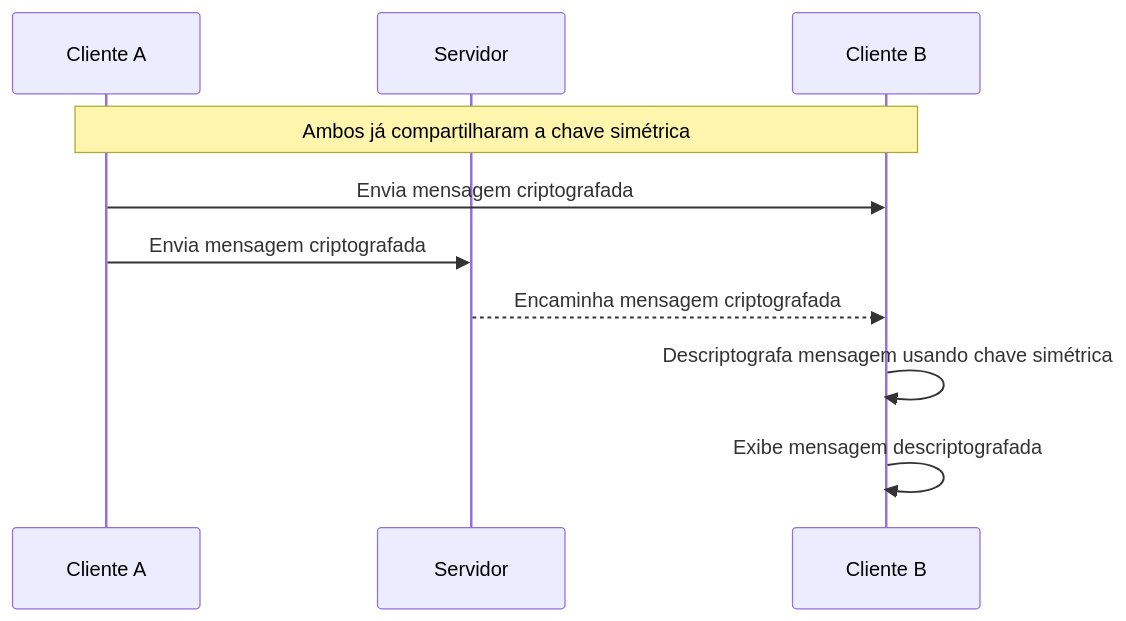
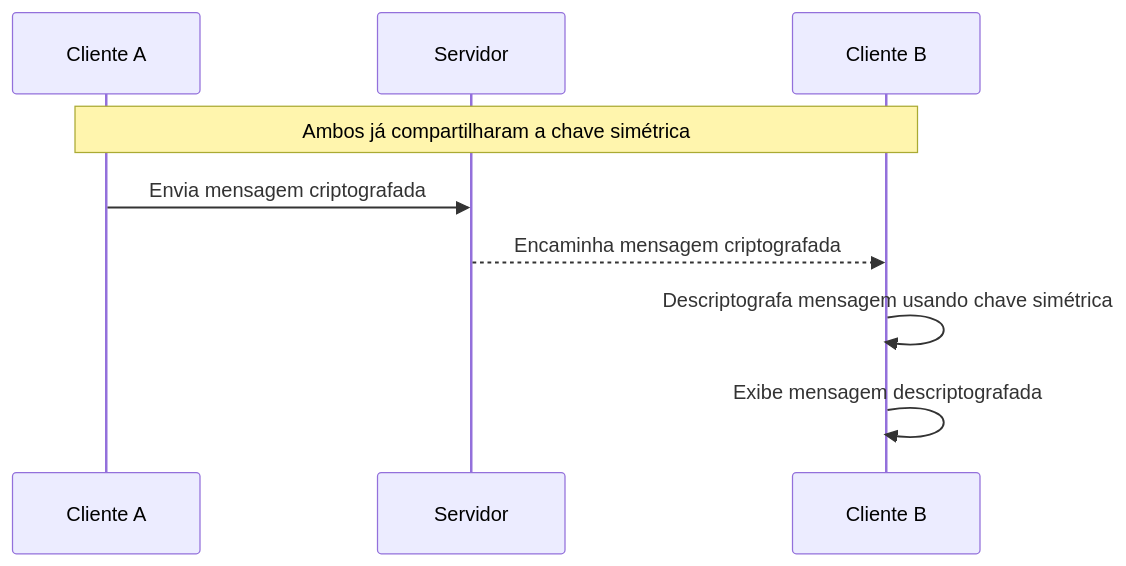
Before and after one commit to confy-security/app: the second of 4 diagrams in docs/communication.md, drawn with Mermaid. The commit also changed other lines of this file, not shown here.

````diff
--- a/docs/communication.md
+++ b/docs/communication.md
@@ -194,12 +186,11 @@
 ```mermaid
 sequenceDiagram
     participant Cliente A
     participant Servidor
     participant Cliente B   
     Note over Cliente A, Cliente B: Ambos já compartilharam a chave simétrica
-    Cliente A->>Cliente B: Envia mensagem criptografada
     Cliente A->>Servidor: Envia mensagem criptografada
     Servidor-->>Cliente B: Encaminha mensagem criptografada
     Cliente B->>Cliente B: Descriptografa mensagem usando chave simétrica
     Cliente B->>Cliente B: Exibe mensagem descriptografada
 ```
````
